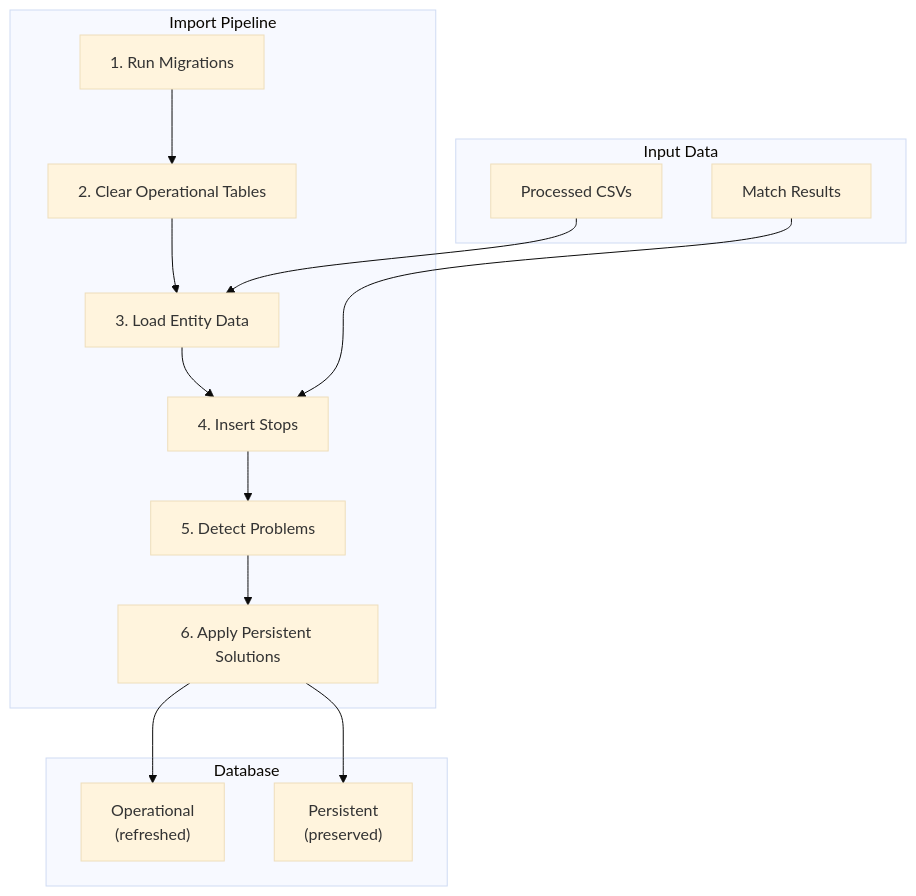
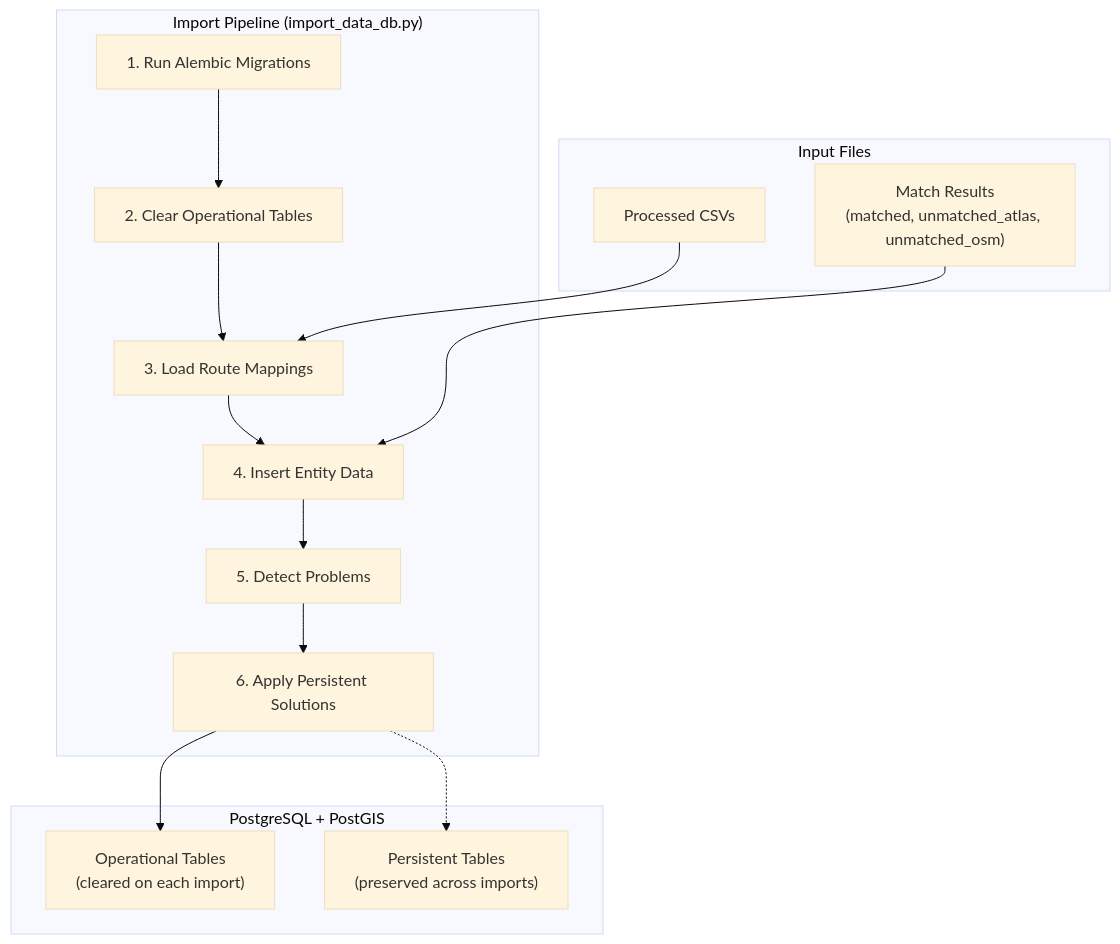
The diagram in documentation/4. Database import.md (openTdataCH/stop_sync_osm_atlas), drawn with Mermaid (base theme) before and after one commit. The commit also changed other lines of this file and 11 other files, not shown here.

````diff
--- a/documentation/4. Database import.md
+++ b/documentation/4. Database import.md
@@ -7,27 +7,27 @@
 ```mermaid
 flowchart TB
-    subgraph Input["Input Data"]
+    subgraph Input["Input Files"]
         CSV["Processed CSVs"]
-        Match["Match Results"]
+        Match["Match Results<br/>(matched, unmatched_atlas, unmatched_osm)"]
     end
     
-    subgraph Import["Import Pipeline"]
-        S1["1. Run Migrations"]
-        S2["2. Clear Operational Tables"]
-        S3["3. Load Entity Data"]
-        S4["4. Insert Stops"]
-        S5["5. Detect Problems"]
-        S6["6. Apply Persistent Solutions"]
-        S1 --> S2 --> S3 --> S4 --> S5 --> S6
+    subgraph Import["Import Pipeline (import_data_db.py)"]
+        M["1. Run Alembic Migrations"]
+        C["2. Clear Operational Tables"]
+        R["3. Load Route Mappings"]
+        I["4. Insert Entity Data"]
+        P["5. Detect Problems"]
+        A["6. Apply Persistent Solutions"]
+        M --> C --> R --> I --> P --> A
     end
     
-    subgraph DB["Database"]
-        Op["Operational<br/>(refreshed)"]
-        Per["Persistent<br/>(preserved)"]
+    subgraph DB["PostgreSQL + PostGIS"]
+        Op["Operational Tables<br/>(cleared on each import)"]
+        Per["Persistent Tables<br/>(preserved across imports)"]
     end
     
-    CSV --> S3
-    Match --> S4
-    S6 --> Op
-    S6 --> Per
+    CSV --> R
+    Match --> I
+    A --> Op
+    A -.-> Per
 ```
````
